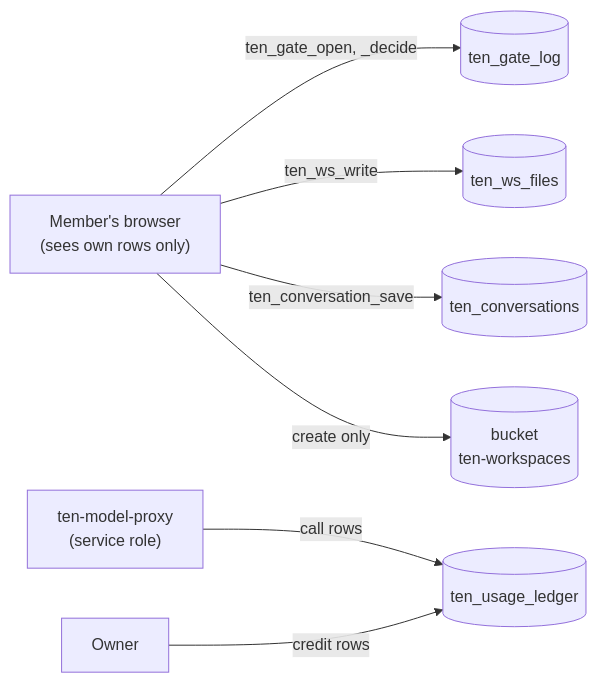
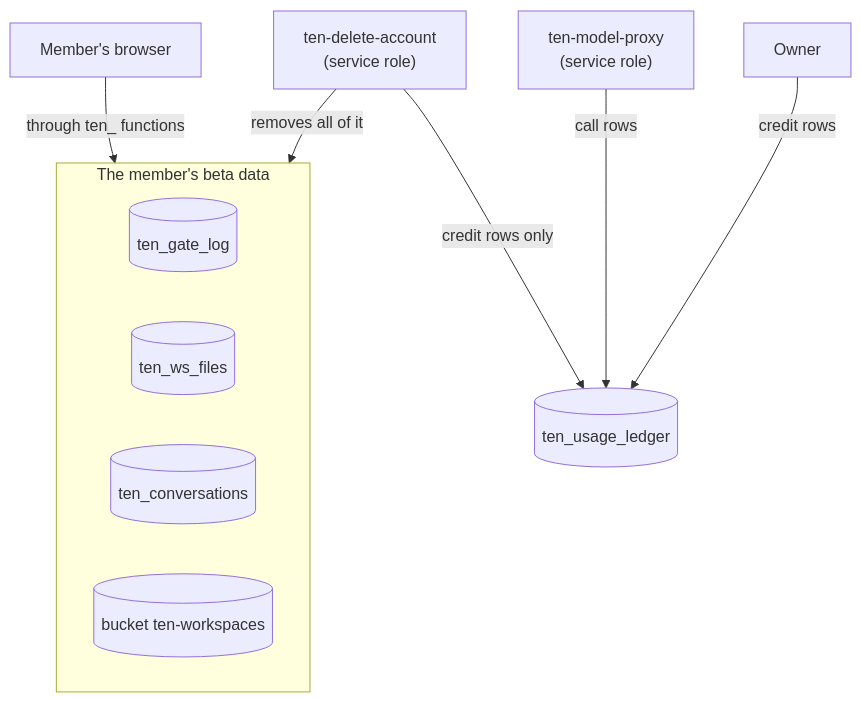
The fourth of 6 diagrams in docs/ARCHITECTURE.md (tydev-new/10xjobs-careercoach), drawn with Mermaid before and after one commit. The commit also changed other lines of this file, not shown here.

First line of the commit message:
docs(ARCHITECTURE): fix round 1 — honest money bounds, glossary, who reads what

````diff
--- a/docs/ARCHITECTURE.md
+++ b/docs/ARCHITECTURE.md
@@ -168,17 +217,19 @@
 ```mermaid
-flowchart LR
-  Browser["Member's browser<br/>(sees own rows only)"]
+flowchart TD
+  Browser["Member's browser"]
+  Delete["ten-delete-account<br/>(service role)"]
   Proxy["ten-model-proxy<br/>(service role)"]
   Owner["Owner"]
+  subgraph Beta["The member's beta data"]
+    Gates[("ten_gate_log")]
+    Files[("ten_ws_files")]
+    Conv[("ten_conversations")]
+    Bucket[("bucket ten-workspaces")]
+  end
   Ledger[("ten_usage_ledger")]
-  Gates[("ten_gate_log")]
-  Files[("ten_ws_files")]
-  Conv[("ten_conversations")]
-  Bucket[("bucket<br/>ten-workspaces")]
-  Browser -->|ten_gate_open, _decide| Gates
-  Browser -->|ten_ws_write| Files
-  Browser -->|ten_conversation_save| Conv
-  Browser -->|create only| Bucket
+  Browser -->|through ten_ functions| Beta
+  Delete -->|removes all of it| Beta
+  Delete -->|credit rows only| Ledger
   Proxy -->|call rows| Ledger
   Owner -->|credit rows| Ledger
 ```
````
